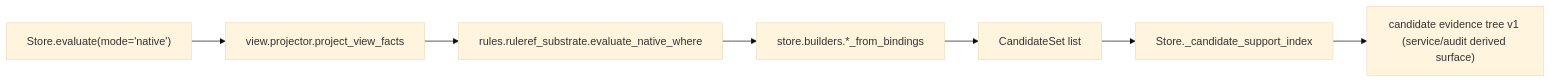
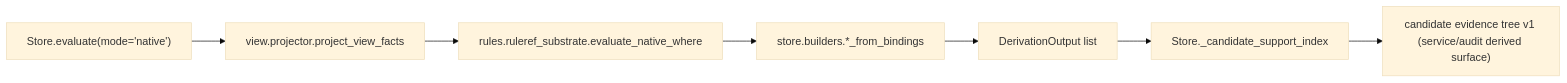
Before and after one commit to Symbolic-Intelligence-Org/factgraph: the second of 4 diagrams in src/factgraph/core/docs/01_architecture.en.md, drawn with Mermaid (base theme). The commit also changed other lines of this file and 38 other files, not shown here.

````diff
--- a/src/factgraph/core/docs/01_architecture.en.md
+++ b/src/factgraph/core/docs/01_architecture.en.md
@@ -407,9 +407,9 @@
 ```mermaid
 flowchart LR
   A["Store.evaluate(mode='native')"] --> B["view.projector.project_view_facts"]
   B --> C["rules.ruleref_substrate.evaluate_native_where"]
   C --> D["store.builders.*_from_bindings"]
-  D --> E["CandidateSet list"]
+  D --> E["DerivationOutput list"]
   E --> F["Store._candidate_support_index"]
   F --> G["candidate evidence tree v1 (service/audit derived surface)"]
 ```
````
